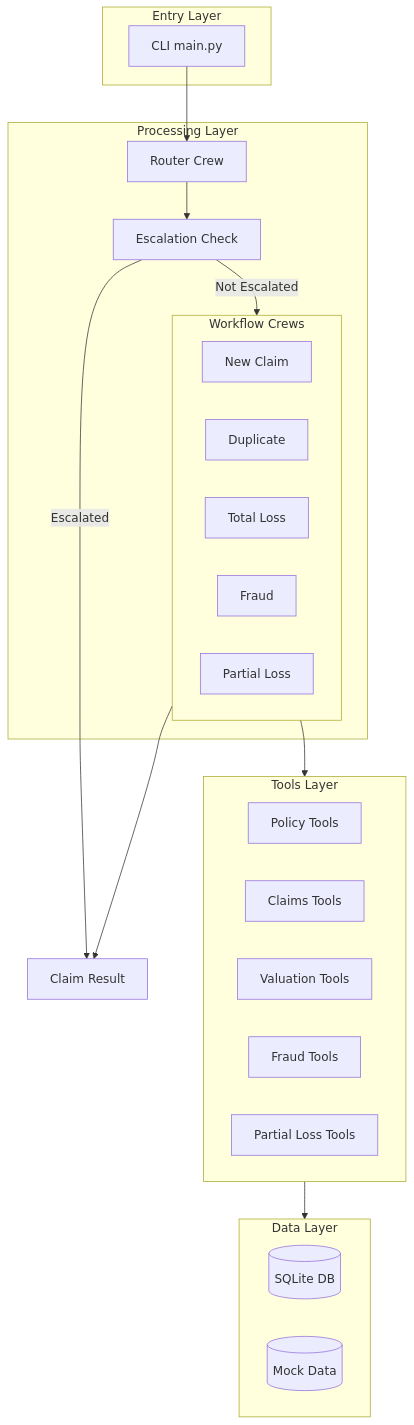
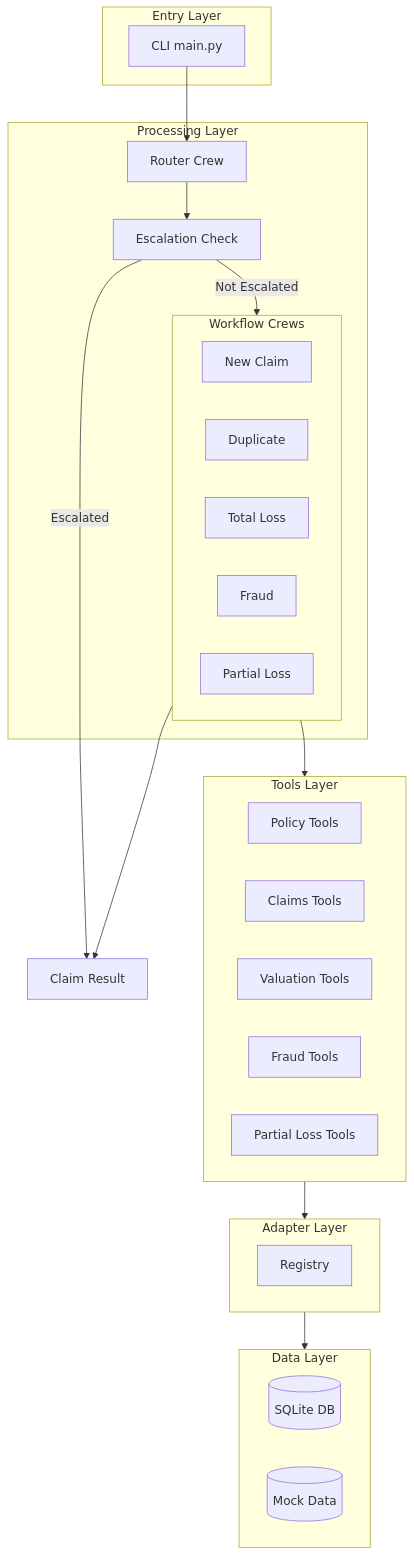
One commit to csmangum/auto-agent changed the first of 2 diagrams in docs/architecture.md. Above: the diagram before and after it, drawn with Mermaid. The commit also changed other lines of this file and 19 other files, not shown here.

First line of the commit message:
Implement adapter layer for external system integrations

````diff
--- a/docs/architecture.md
+++ b/docs/architecture.md
@@ -7,41 +7,46 @@
 ```mermaid
 flowchart TB
     subgraph Entry["Entry Layer"]
         CLI[CLI main.py]
     end
     
     subgraph Processing["Processing Layer"]
         Router[Router Crew]
         Escalation[Escalation Check]
         
         subgraph Workflows["Workflow Crews"]
             New[New Claim]
             Dup[Duplicate]
             TL[Total Loss]
             Fraud[Fraud]
             PL[Partial Loss]
         end
     end
     
     subgraph Tools["Tools Layer"]
         Policy[Policy Tools]
         Claims[Claims Tools]
         Valuation[Valuation Tools]
         FraudTools[Fraud Tools]
         PLTools[Partial Loss Tools]
     end
+
+    subgraph Adapters["Adapter Layer"]
+        AdapterRegistry[Registry]
+    end
     
     subgraph Data["Data Layer"]
         SQLite[(SQLite DB)]
         MockDB[(Mock Data)]
     end
     
     ClaimResult[Claim Result]
 
     CLI --> Router --> Escalation
     Escalation -->|Escalated| ClaimResult
     Escalation -->|Not Escalated| Workflows
     Workflows --> ClaimResult
     Workflows --> Tools
-    Tools --> Data
+    Tools --> Adapters
+    Adapters --> Data
 ```
````
